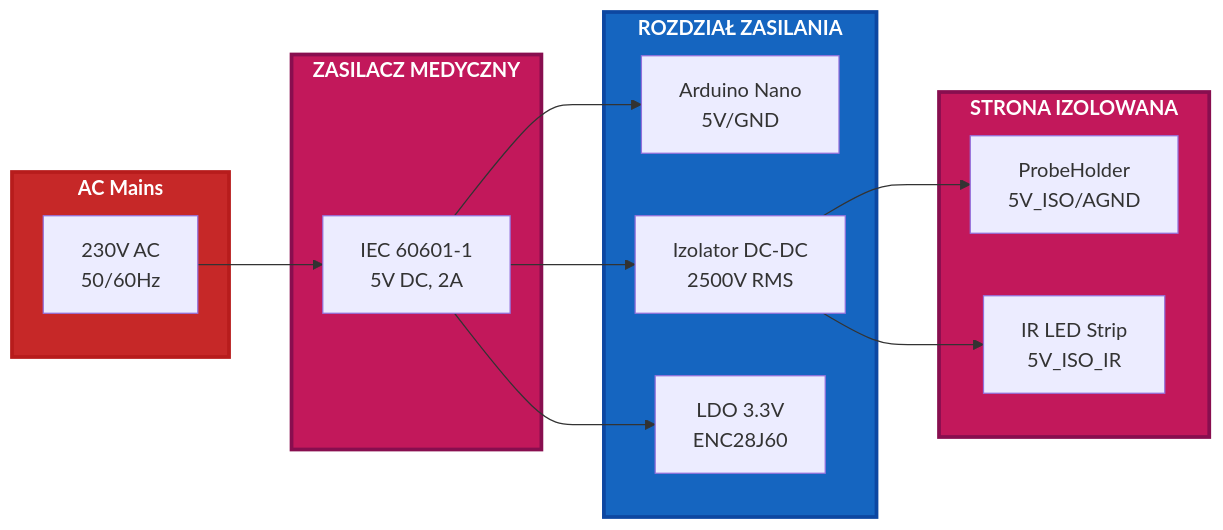
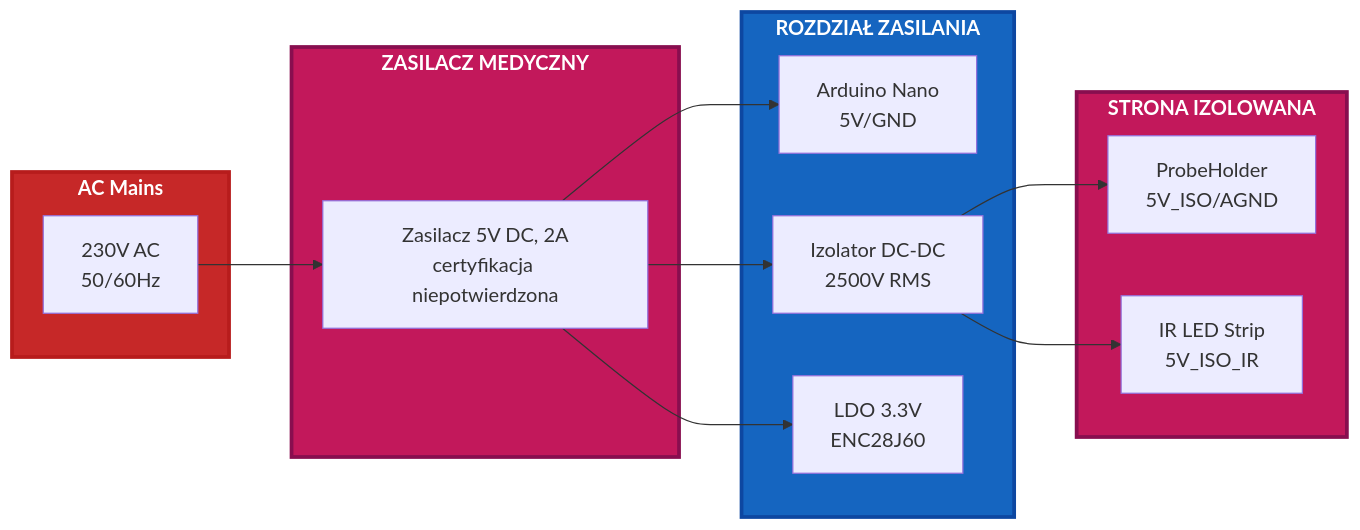
One commit to bartoszruta26-droid/Bioresonance changed the fifth of 16 diagrams in hardware.md. Above: the diagram before and after it, drawn with Mermaid. The commit also changed other lines of this file, not shown here.

````diff
--- a/hardware.md
+++ b/hardware.md
@@ -626,38 +626,38 @@
 ```mermaid
 flowchart LR
     subgraph AC["AC Mains"]
         AC1["230V AC<br/>50/60Hz"]
     end
     
     subgraph PSU["ZASILACZ MEDYCZNY"]
-        P1["IEC 60601-1<br/>5V DC, 2A"]
+        P1["Zasilacz 5V DC, 2A<br/>certyfikacja niepotwierdzona"]
     end
     
     subgraph Distribution["ROZDZIAŁ ZASILANIA"]
         D1["Arduino Nano<br/>5V/GND"]
         D2["Izolator DC-DC<br/>2500V RMS"]
         D3["LDO 3.3V<br/>ENC28J60"]
     end
     
     subgraph Isolated["STRONA IZOLOWANA"]
         I1["ProbeHolder<br/>5V_ISO/AGND"]
         I2["IR LED Strip<br/>5V_ISO_IR"]
     end
     
     AC1 --> P1
     P1 --> D1
     P1 --> D2
     P1 --> D3
     D2 --> I1
     D2 --> I2
     
     classDef ac fill:#c62828,stroke:#b71c1c,stroke-width:3px,color:#ffffff,font-weight:bold
     classDef psu fill:#c2185b,stroke:#880e4f,stroke-width:3px,color:#ffffff,font-weight:bold
     classDef dist fill:#1565c0,stroke:#0d47a1,stroke-width:3px,color:#ffffff,font-weight:bold
     classDef iso fill:#c2185b,stroke:#880e4f,stroke-width:3px,color:#ffffff,font-weight:bold
     
     class AC ac
     class PSU psu
     class Distribution dist
     class Isolated iso
 ```
````
